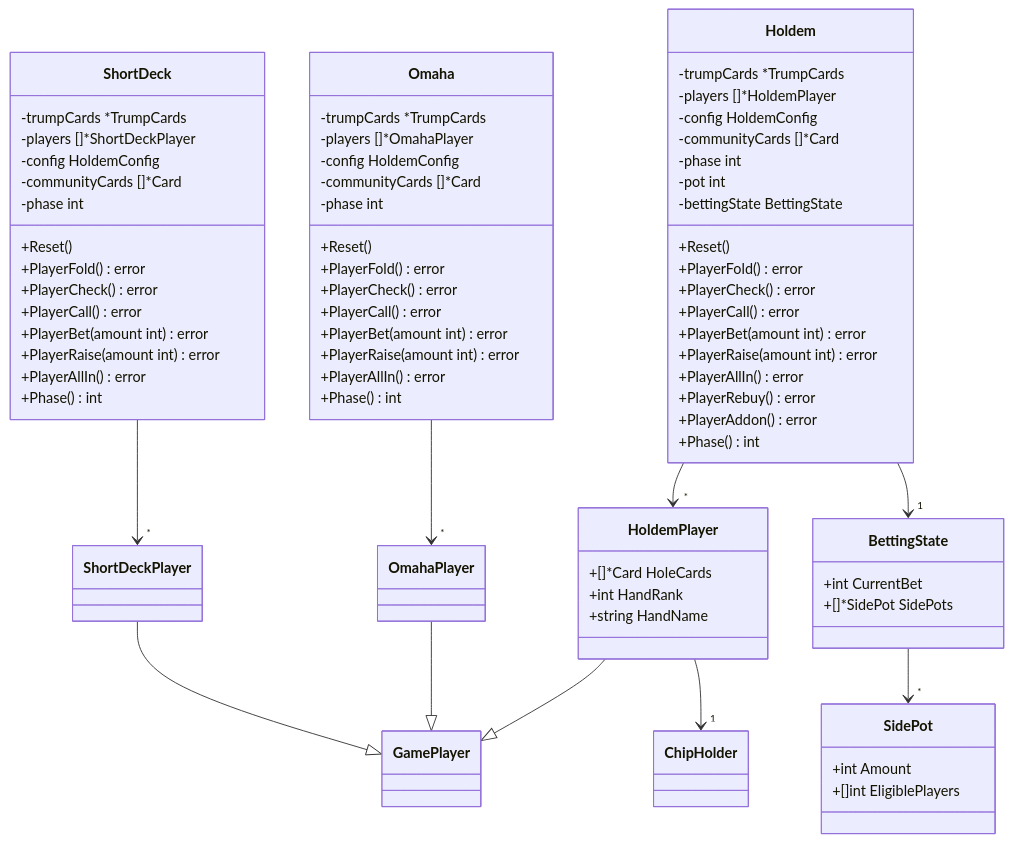
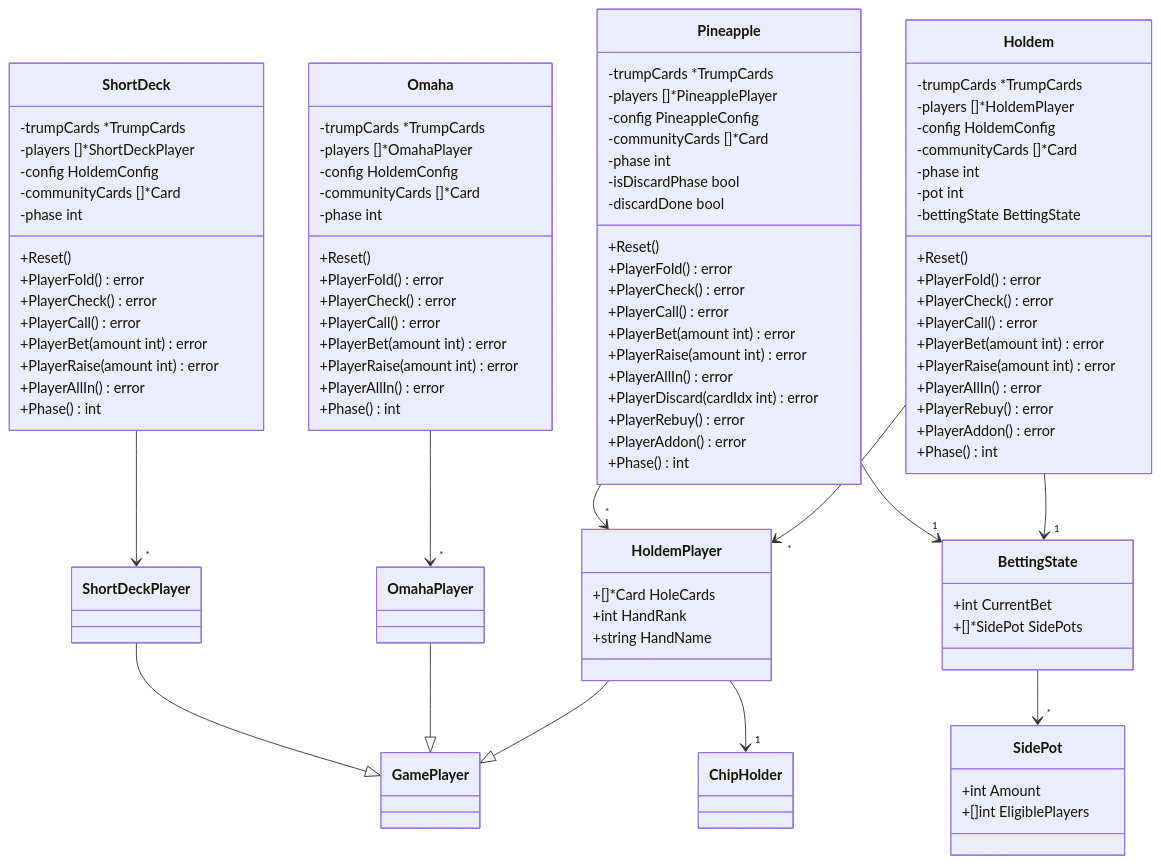
The fourth of 39 diagrams in docs/design/backend.md (yuta-yoshinaga/go_trumpcards), drawn with Mermaid before and after one commit. The commit also changed other lines of this file and 48 other files, not shown here.

````diff
--- a/docs/design/backend.md
+++ b/docs/design/backend.md
@@ -480,4 +482,28 @@
 
     ShortDeck --> "*" ShortDeckPlayer
     ShortDeckPlayer --|> GamePlayer
+
+    class Pineapple {
+        -trumpCards *TrumpCards
+        -players []*PineapplePlayer
+        -config PineappleConfig
+        -communityCards []*Card
+        -phase int
+        -isDiscardPhase bool
+        -discardDone bool
+        +Reset()
+        +PlayerFold() error
+        +PlayerCheck() error
+        +PlayerCall() error
+        +PlayerBet(amount int) error
+        +PlayerRaise(amount int) error
+        +PlayerAllIn() error
+        +PlayerDiscard(cardIdx int) error
+        +PlayerRebuy() error
+        +PlayerAddon() error
+        +Phase() int
+    }
+
+    Pineapple --> "*" HoldemPlayer
+    Pineapple --> "1" BettingState
 ```
````
